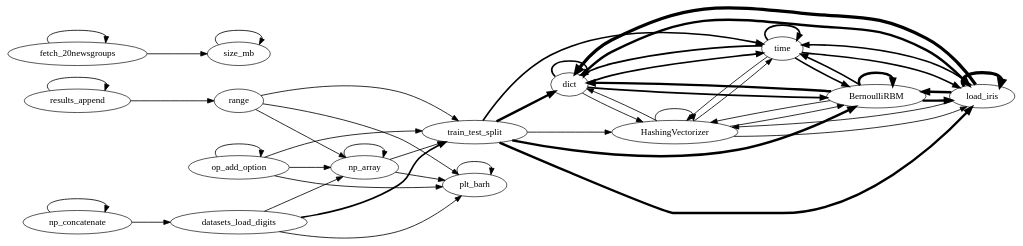
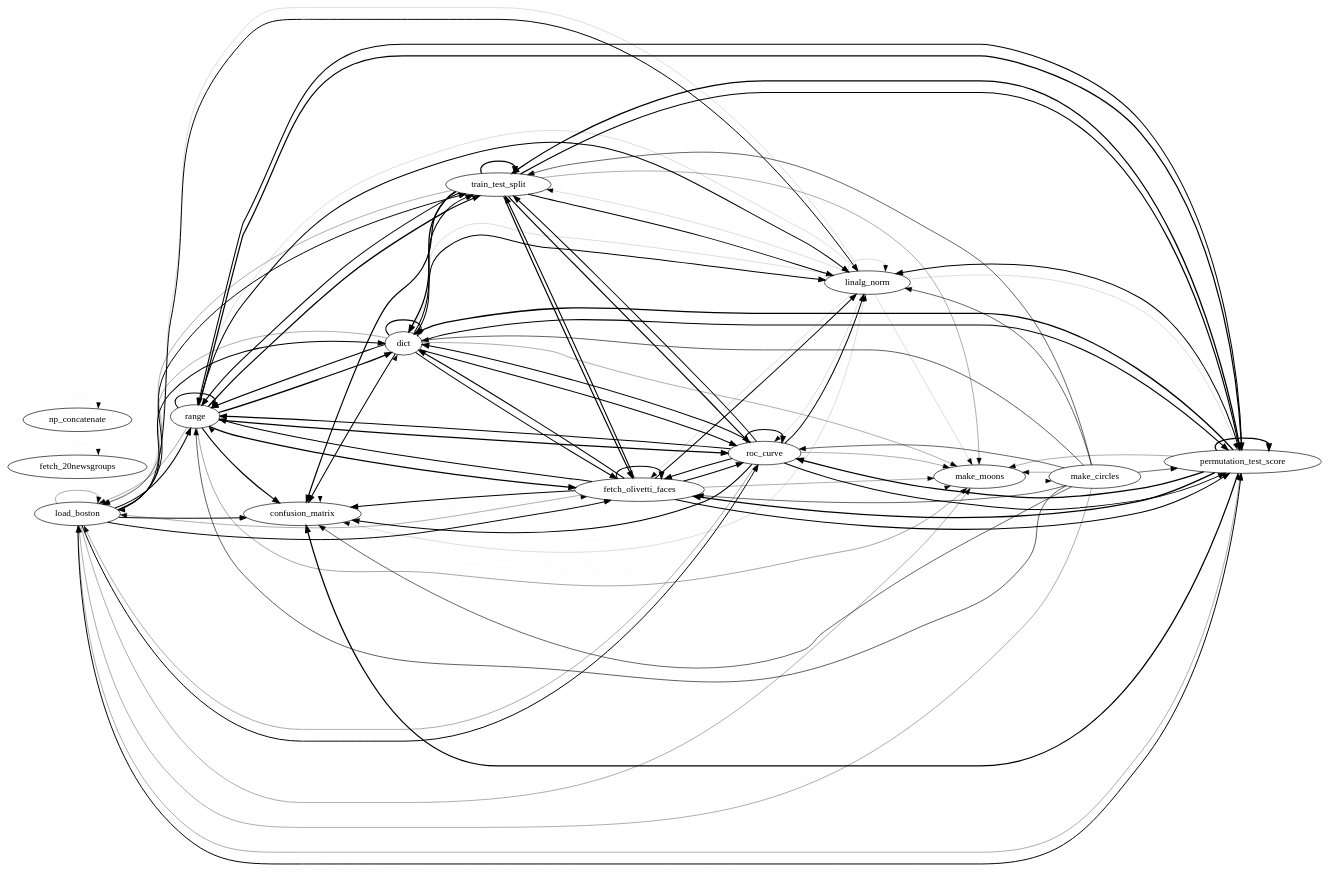
One commit to Multicia/Courses changed the diagram in Misc/LN/findingfuncs/new_output.dot. Above: the diagram before and after it, drawn with Graphviz. The commit also changed 37 other files, not shown here.

```diff
--- a/Misc/LN/findingfuncs/new_output.dot
+++ b/Misc/LN/findingfuncs/new_output.dot
@@ -1,54 +1,106 @@
 digraph G {
 rankdir=LR
-dict->HashingVectorizer [penwidth=1.25];
-fetch_20newsgroups->size_mb [penwidth=1.25];
-dict->load_iris [penwidth=3.75];
-range->np_array [penwidth=1.25];
-np_concatenate->np_concatenate [penwidth=1.25];
-BernoulliRBM->load_iris [penwidth=3.75];
-np_array->np_array [penwidth=1.25];
-op_add_option->np_array [penwidth=1.25];
-train_test_split->BernoulliRBM [penwidth=3.75];
-train_test_split->time [penwidth=2.5];
-op_add_option->train_test_split [penwidth=1.25];
-BernoulliRBM->BernoulliRBM [penwidth=3.75];
-load_iris->dict [penwidth=5.0];
-results_append->results_append [penwidth=1.25];
-range->train_test_split [penwidth=1.25];
-np_array->plt_barh [penwidth=1.25];
-op_add_option->plt_barh [penwidth=1.25];
-HashingVectorizer->dict [penwidth=1.25];
-datasets_load_digits->train_test_split [penwidth=2.5];
-HashingVectorizer->HashingVectorizer [penwidth=1.25];
-range->plt_barh [penwidth=1.25];
-datasets_load_digits->np_array [penwidth=1.25];
-HashingVectorizer->load_iris [penwidth=1.25];
-time->load_iris [penwidth=2.5];
-time->dict [penwidth=2.5];
-load_iris->time [penwidth=2.5];
-np_concatenate->datasets_load_digits [penwidth=1.25];
-BernoulliRBM->time [penwidth=2.5];
-train_test_split->load_iris [penwidth=3.75];
-load_iris->HashingVectorizer [penwidth=1.25];
-time->HashingVectorizer [penwidth=1.25];
-fetch_20newsgroups->fetch_20newsgroups [penwidth=1.25];
-op_add_option->op_add_option [penwidth=1.25];
-datasets_load_digits->plt_barh [penwidth=1.25];
-plt_barh->plt_barh [penwidth=1.25];
-results_append->range [penwidth=1.25];
-dict->dict [penwidth=2.5];
-BernoulliRBM->HashingVectorizer [penwidth=1.25];
-BernoulliRBM->dict [penwidth=3.75];
-train_test_split->HashingVectorizer [penwidth=1.25];
-train_test_split->dict [penwidth=3.75];
-HashingVectorizer->BernoulliRBM [penwidth=1.25];
-np_array->train_test_split [penwidth=1.25];
-HashingVectorizer->time [penwidth=1.25];
-dict->BernoulliRBM [penwidth=2.5];
-dict->time [penwidth=2.5];
-load_iris->BernoulliRBM [penwidth=3.75];
-size_mb->size_mb [penwidth=1.25];
-time->BernoulliRBM [penwidth=2.5];
-load_iris->load_iris [penwidth=5.0];
-time->time [penwidth=2.5];
+load_boston->load_boston [penwidth=0.5];
+range->load_boston [penwidth=0.541666666667];
+permutation_test_score->make_moons [penwidth=0.5];
+linalg_norm->make_moons [penwidth=0.208333333333];
+roc_curve->fetch_olivetti_faces [penwidth=1.54166666667];
+range->train_test_split [penwidth=1.91666666667];
+range->fetch_olivetti_faces [penwidth=1.875];
+dict->roc_curve [penwidth=1.58333333333];
+permutation_test_score->train_test_split [penwidth=1.95833333333];
+load_boston->fetch_olivetti_faces [penwidth=1.5];
+dict->train_test_split [penwidth=1.58333333333];
+roc_curve->load_boston [penwidth=0.5];
+permutation_test_score->roc_curve [penwidth=1.95833333333];
+linalg_norm->linalg_norm [penwidth=0.208333333333];
+make_circles->make_moons [penwidth=0.5];
+range->range [penwidth=1.66666666667];
+confusion_matrix->permutation_test_score [penwidth=0.0416666666667];
+make_circles->confusion_matrix [penwidth=0.916666666667];
+linalg_norm->load_boston [penwidth=0.208333333333];
+train_test_split->linalg_norm [penwidth=1.54166666667];
+range->roc_curve [penwidth=1.91666666667];
+permutation_test_score->range [penwidth=1.625];
+load_boston->confusion_matrix [penwidth=1.5];
+make_circles->load_boston [penwidth=0.5];
+linalg_norm->permutation_test_score [penwidth=0.208333333333];
+roc_curve->roc_curve [penwidth=1.625];
+range->dict [penwidth=1.95833333333];
+permutation_test_score->load_boston [penwidth=0.5];
+make_circles->dict [penwidth=0.958333333333];
+fetch_olivetti_faces->load_boston [penwidth=0.5];
+make_moons->make_circles [penwidth=0.0416666666667];
+dict->linalg_norm [penwidth=1.54166666667];
+make_circles->permutation_test_score [penwidth=0.916666666667];
+make_circles->linalg_norm [penwidth=0.916666666667];
+confusion_matrix->linalg_norm [penwidth=0.0416666666667];
+confusion_matrix->range [penwidth=0.0416666666667];
+permutation_test_score->linalg_norm [penwidth=1.54166666667];
+train_test_split->load_boston [penwidth=0.5];
+roc_curve->permutation_test_score [penwidth=1.54166666667];
+roc_curve->make_moons [penwidth=0.5];
+linalg_norm->range [penwidth=0.208333333333];
+train_test_split->make_moons [penwidth=0.5];
+permutation_test_score->fetch_olivetti_faces [penwidth=1.95833333333];
+train_test_split->fetch_olivetti_faces [penwidth=1.79166666667];
+fetch_olivetti_faces->range [penwidth=1.625];
+fetch_olivetti_faces->confusion_matrix [penwidth=1.625];
+confusion_matrix->dict [penwidth=0.0416666666667];
+confusion_matrix->roc_curve [penwidth=0.0416666666667];
+linalg_norm->fetch_olivetti_faces [penwidth=0.208333333333];
+roc_curve->linalg_norm [penwidth=1.54166666667];
+load_boston->make_moons [penwidth=0.5];
+fetch_olivetti_faces->permutation_test_score [penwidth=1.625];
+confusion_matrix->make_moons [penwidth=0.0416666666667];
+train_test_split->confusion_matrix [penwidth=1.83333333333];
+permutation_test_score->confusion_matrix [penwidth=1.95833333333];
+make_circles->range [penwidth=0.958333333333];
+make_circles->fetch_olivetti_faces [penwidth=0.916666666667];
+load_boston->train_test_split [penwidth=1.5];
+roc_curve->train_test_split [penwidth=1.54166666667];
+linalg_norm->confusion_matrix [penwidth=0.208333333333];
+load_boston->range [penwidth=1.58333333333];
+dict->range [penwidth=1.66666666667];
+roc_curve->confusion_matrix [penwidth=1.54166666667];
+fetch_20newsgroups->fetch_20newsgroups [penwidth=0.0416666666667];
+linalg_norm->dict [penwidth=0.208333333333];
+roc_curve->range [penwidth=1.625];
+permutation_test_score->dict [penwidth=2.0];
+permutation_test_score->permutation_test_score [penwidth=1.95833333333];
+range->linalg_norm [penwidth=1.58333333333];
+fetch_olivetti_faces->fetch_olivetti_faces [penwidth=1.625];
+load_boston->linalg_norm [penwidth=1.5];
+train_test_split->dict [penwidth=1.95833333333];
+confusion_matrix->load_boston [penwidth=0.0416666666667];
+dict->confusion_matrix [penwidth=1.58333333333];
+train_test_split->permutation_test_score [penwidth=1.79166666667];
+fetch_olivetti_faces->linalg_norm [penwidth=1.54166666667];
+fetch_olivetti_faces->train_test_split [penwidth=1.625];
+range->permutation_test_score [penwidth=1.875];
+dict->load_boston [penwidth=0.5];
+dict->permutation_test_score [penwidth=1.58333333333];
+train_test_split->roc_curve [penwidth=1.79166666667];
+linalg_norm->roc_curve [penwidth=0.208333333333];
+np_concatenate->np_concatenate [penwidth=0.0416666666667];
+train_test_split->train_test_split [penwidth=1.875];
+load_boston->permutation_test_score [penwidth=1.5];
+fetch_olivetti_faces->make_moons [penwidth=0.5];
+dict->make_moons [penwidth=0.5];
+make_circles->roc_curve [penwidth=0.916666666667];
+range->confusion_matrix [penwidth=1.875];
+confusion_matrix->confusion_matrix [penwidth=0.0416666666667];
+train_test_split->range [penwidth=1.625];
+dict->fetch_olivetti_faces [penwidth=1.58333333333];
+confusion_matrix->fetch_olivetti_faces [penwidth=0.0416666666667];
+roc_curve->dict [penwidth=1.58333333333];
+load_boston->roc_curve [penwidth=1.5];
+linalg_norm->train_test_split [penwidth=0.208333333333];
+dict->dict [penwidth=1.66666666667];
+load_boston->dict [penwidth=1.54166666667];
+make_circles->train_test_split [penwidth=0.916666666667];
+confusion_matrix->train_test_split [penwidth=0.0416666666667];
+fetch_olivetti_faces->dict [penwidth=1.66666666667];
+fetch_olivetti_faces->roc_curve [penwidth=1.625];
+range->make_moons [penwidth=0.541666666667];
 }
```
